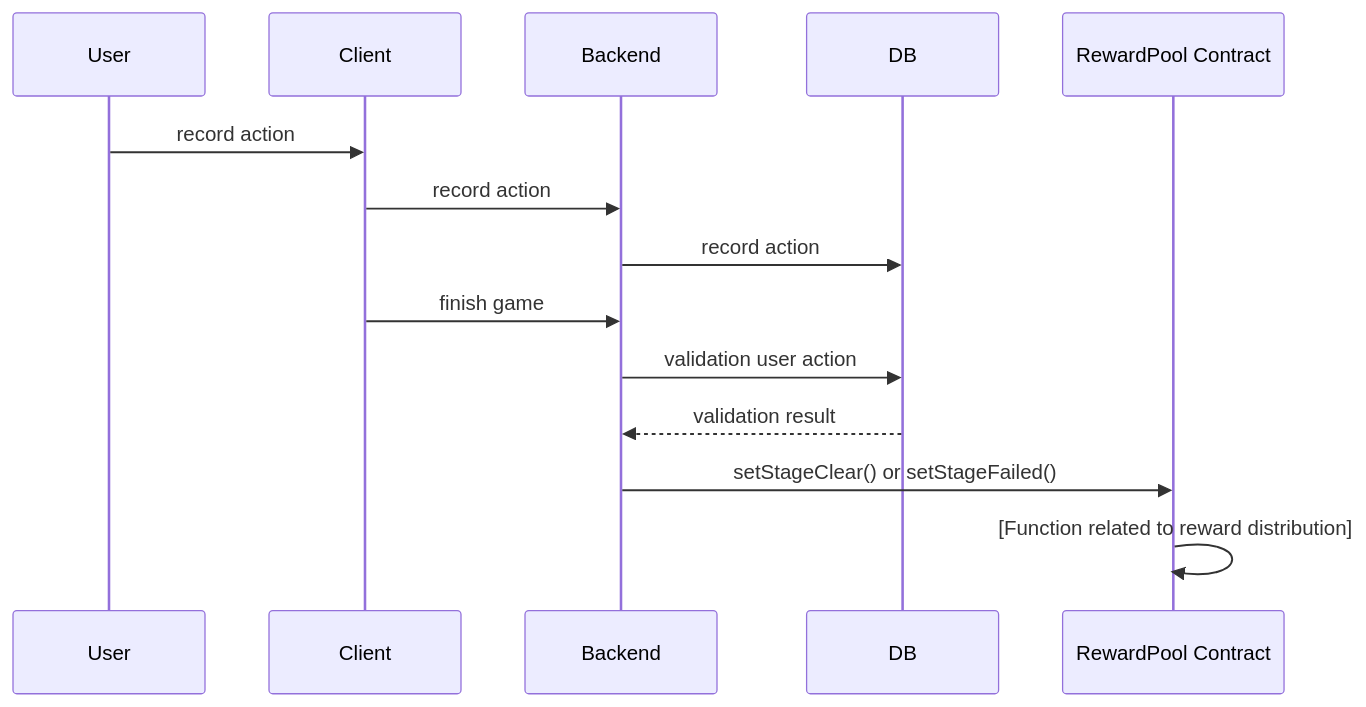
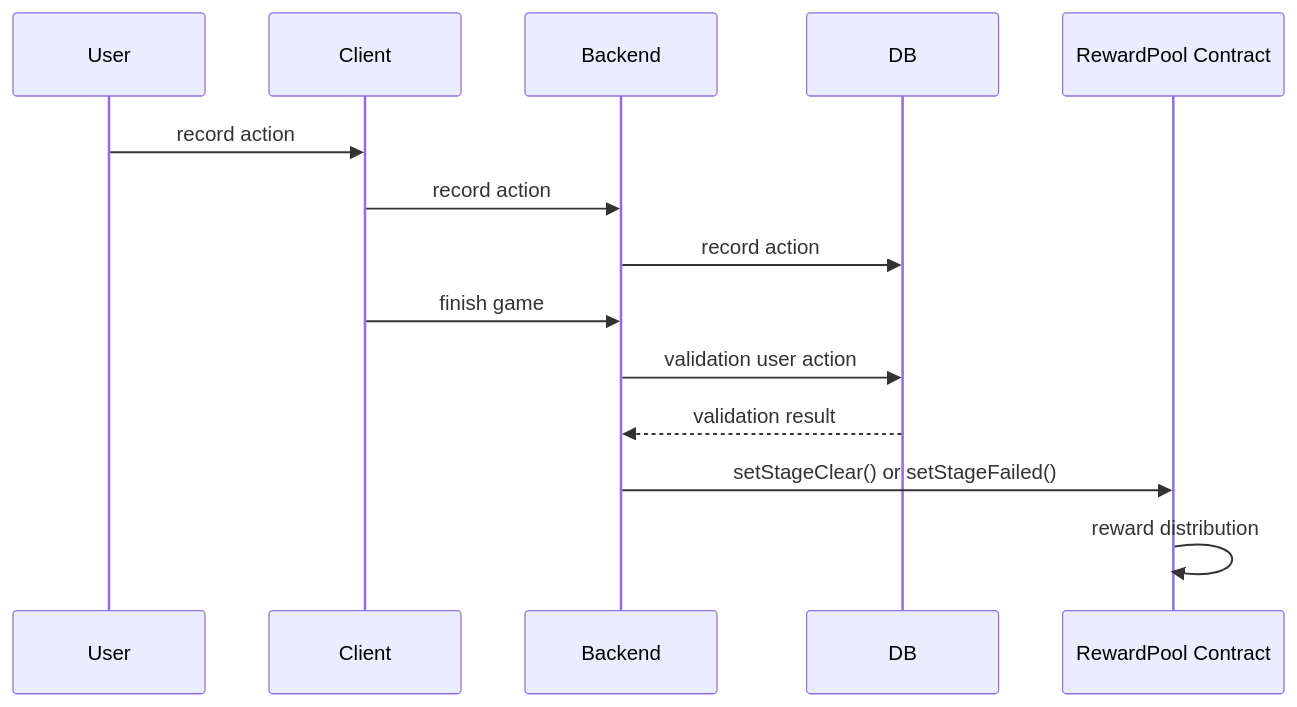
Before and after one commit to monaou/oasis2023-phasser: the fourth of 5 diagrams in mermaid/contract_dat_flow.md, drawn with Mermaid. The commit also changed other lines of this file and 1 other file, not shown here.

````diff
--- a/mermaid/contract_dat_flow.md
+++ b/mermaid/contract_dat_flow.md
@@ -52,18 +53,18 @@
 ```mermaid
 sequenceDiagram
     participant A as User
     participant B as Client
     participant C as Backend
     participant D as DB
     participant E as RewardPool Contract
     
     A ->> B: record action
     B ->> C: record action
     C ->> D: record action
     B ->> C: finish game
     C ->> D: validation user action
     D -->> C: validation result
     C ->> E: setStageClear() or setStageFailed()
-    E ->> E: [Function related to reward distribution]
+    E ->> E: reward distribution
 
 ``` 
````
